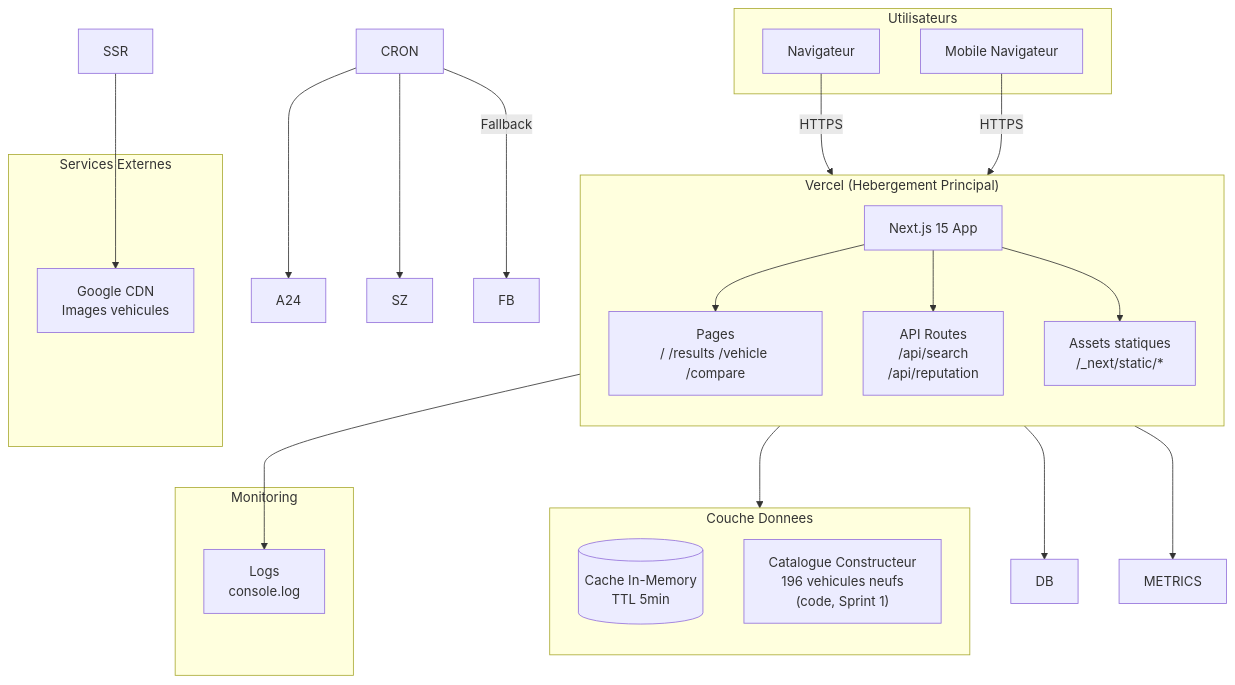
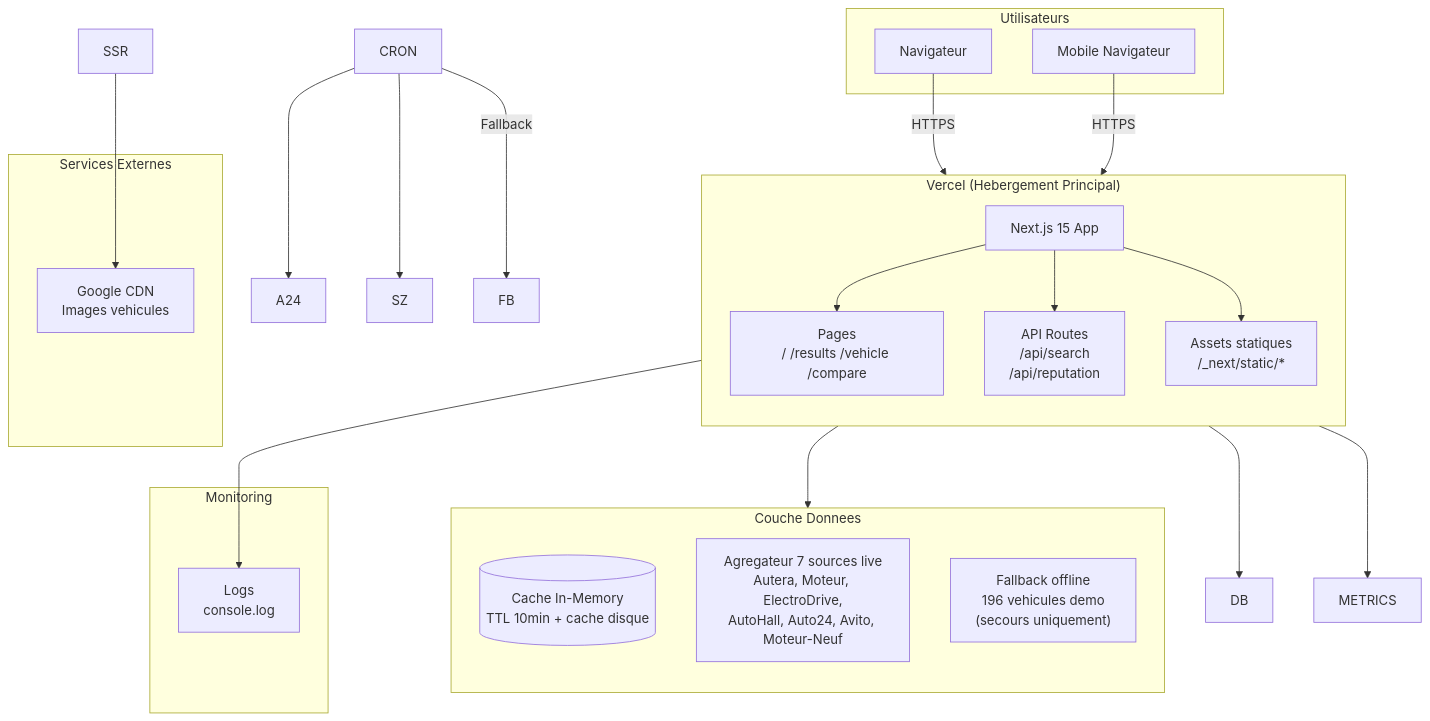
One commit to tahaaze/thiqti changed the first of 2 diagrams in docs/architecture/deployment.md. Above: the diagram before and after it, drawn with Mermaid. The commit also changed other lines of this file and 8 other files, not shown here.

Commit message:
feat(sources): authorize Auto24/Avito, amend ADR-005 and source register

````diff
--- a/docs/architecture/deployment.md
+++ b/docs/architecture/deployment.md
@@ -11,40 +11,41 @@
 ```mermaid
 graph TB
     subgraph "Utilisateurs"
         U1[" Navigateur"]
         U2[" Mobile Navigateur"]
     end
 
     subgraph "Vercel (Hebergement Principal)"
         direction TB
         VER[Next.js 15 App]
         VER --> APP["Pages<br>/ /results /vehicle /compare"]
         VER --> API["API Routes<br>/api/search<br>/api/reputation"]
         VER --> STATIC["Assets statiques<br>/_next/static/*"]
     end
 
     subgraph "Couche Donnees"
         direction TB
-        CACHE[("Cache In-Memory<br>TTL 5min")]
-        CATALOG["Catalogue Constructeur<br>196 vehicules neufs<br>(code, Sprint 1)"]
+        CACHE[("Cache In-Memory<br>TTL 10min + cache disque")]
+        CATALOG["Agregateur 7 sources live<br>Autera, Moteur, ElectroDrive,<br>AutoHall, Auto24, Avito, Moteur-Neuf"]
+        FALLBACK["Fallback offline<br>196 vehicules demo<br>(secours uniquement)"]
     end
 
     subgraph "Services Externes"
         CDN["Google CDN<br>Images vehicules"]
     end
 
     subgraph "Monitoring"
         LOGS["Logs<br>console.log"]
     end
 
     U1 -->|HTTPS| VER
     U2 -->|HTTPS| VER
     API --> DB
     API --> CACHE
     CRON --> A24
     CRON --> SZ
     CRON -->|Fallback| FB
     SSR --> CDN
     API --> LOGS
     API --> METRICS
 ```
````
